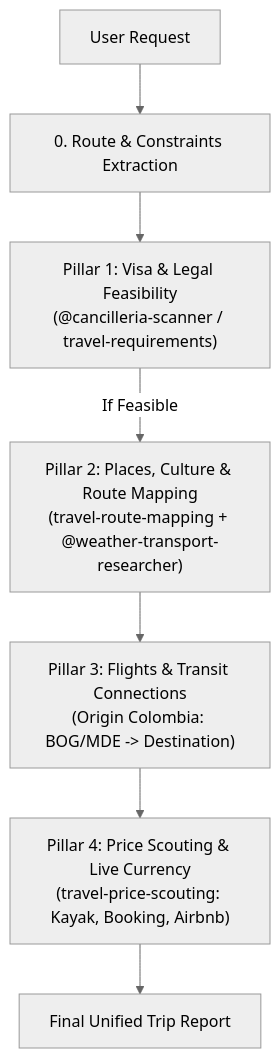
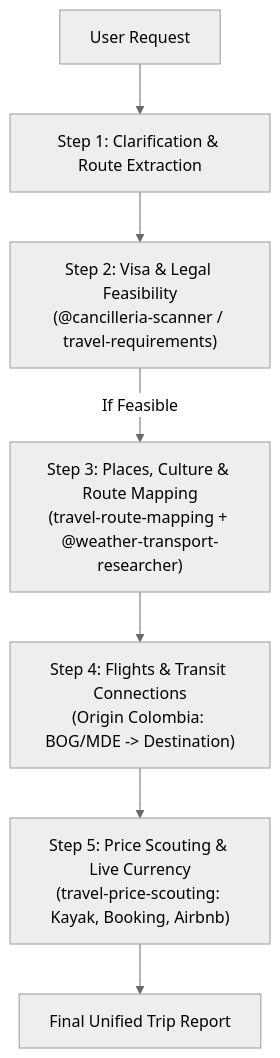
One commit to daniel72584/agent-traveler changed the diagram in .agents/agents/travel-supervisor.md. Above: the diagram before and after it, drawn with Mermaid (neutral theme). The commit also changed other lines of this file and 2 other files, not shown here.

````diff
--- a/.agents/agents/travel-supervisor.md
+++ b/.agents/agents/travel-supervisor.md
@@ -39,9 +39,9 @@
 ```mermaid
 flowchart TD
-    Req[User Request] --> Init[0. Route & Constraints Extraction]
-    Init --> P1["Pillar 1: Visa & Legal Feasibility<br/>(@cancilleria-scanner / travel-requirements)"]
-    P1 -->|If Feasible| P2["Pillar 2: Places, Culture & Route Mapping<br/>(travel-route-mapping + @weather-transport-researcher)"]
-    P2 --> P3["Pillar 3: Flights & Transit Connections<br/>(Origin Colombia: BOG/MDE -> Destination)"]
-    P3 --> P4["Pillar 4: Price Scouting & Live Currency<br/>(travel-price-scouting: Kayak, Booking, Airbnb)"]
-    P4 --> Rep[Final Unified Trip Report]
+    Req[User Request] --> S1[Step 1: Clarification & Route Extraction]
+    S1 --> S2["Step 2: Visa & Legal Feasibility<br/>(@cancilleria-scanner / travel-requirements)"]
+    S2 -->|If Feasible| S3["Step 3: Places, Culture & Route Mapping<br/>(travel-route-mapping + @weather-transport-researcher)"]
+    S3 --> S4["Step 4: Flights & Transit Connections<br/>(Origin Colombia: BOG/MDE -> Destination)"]
+    S4 --> S5["Step 5: Price Scouting & Live Currency<br/>(travel-price-scouting: Kayak, Booking, Airbnb)"]
+    S5 --> Rep[Final Unified Trip Report]
 ```
````
